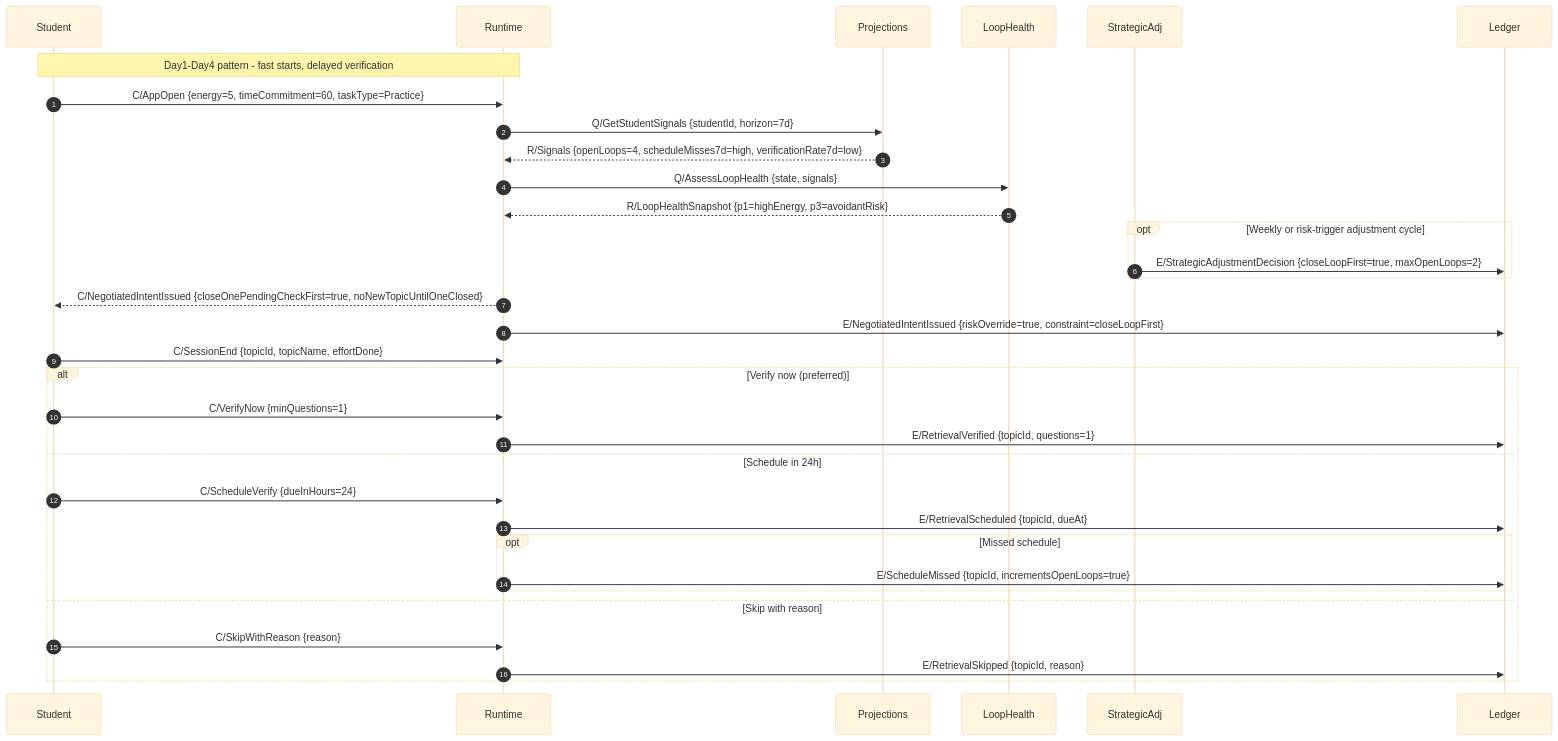
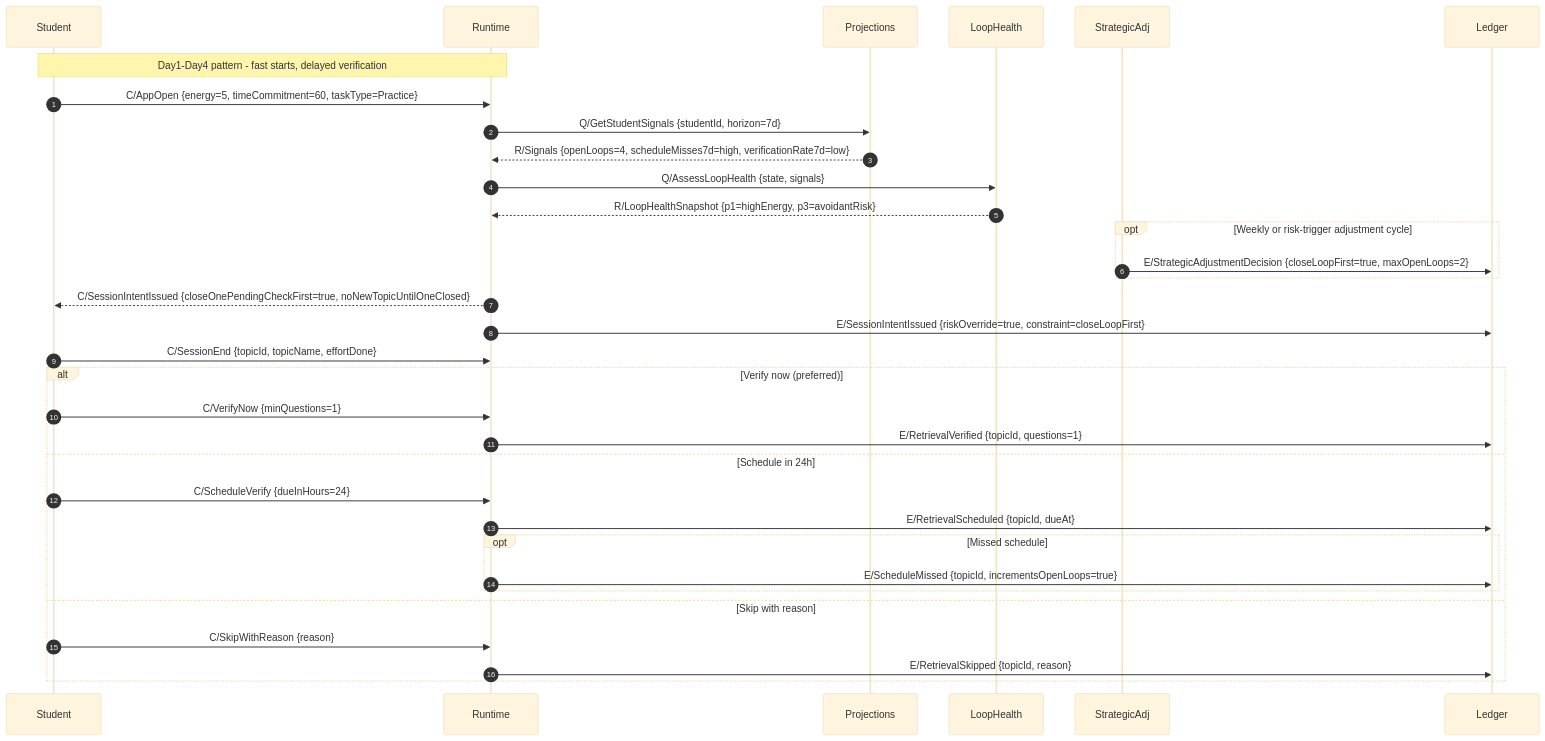
Before and after one commit to Mukul1312/ELI: the fourth of 4 diagrams in docs/engineering-ddd-design/05-domain-message-flows-storyboards.md, drawn with Mermaid (base theme). The commit also changed other lines of this file and 54 other files, not shown here.

````diff
--- a/docs/engineering-ddd-design/05-domain-message-flows-storyboards.md
+++ b/docs/engineering-ddd-design/05-domain-message-flows-storyboards.md
@@ -181,39 +181,39 @@
 ```mermaid
 sequenceDiagram
     autonumber
     participant Student
     participant Runtime
     participant Projections
     participant LoopHealth
     participant StrategicAdj
     participant Ledger
 
     Note over Student,Runtime: Day1-Day4 pattern - fast starts, delayed verification
     Student->>Runtime: C/AppOpen {energy=5, timeCommitment=60, taskType=Practice}
     Runtime->>Projections: Q/GetStudentSignals {studentId, horizon=7d}
     Projections-->>Runtime: R/Signals {openLoops=4, scheduleMisses7d=high, verificationRate7d=low}
     Runtime->>LoopHealth: Q/AssessLoopHealth {state, signals}
     LoopHealth-->>Runtime: R/LoopHealthSnapshot {p1=highEnergy, p3=avoidantRisk}
 
     opt Weekly or risk-trigger adjustment cycle
         StrategicAdj->>Ledger: E/StrategicAdjustmentDecision {closeLoopFirst=true, maxOpenLoops=2}
     end
 
-    Runtime-->>Student: C/NegotiatedIntentIssued {closeOnePendingCheckFirst=true, noNewTopicUntilOneClosed}
-    Runtime->>Ledger: E/NegotiatedIntentIssued {riskOverride=true, constraint=closeLoopFirst}
+    Runtime-->>Student: C/SessionIntentIssued {closeOnePendingCheckFirst=true, noNewTopicUntilOneClosed}
+    Runtime->>Ledger: E/SessionIntentIssued {riskOverride=true, constraint=closeLoopFirst}
 
     Student->>Runtime: C/SessionEnd {topicId, topicName, effortDone}
     alt Verify now (preferred)
         Student->>Runtime: C/VerifyNow {minQuestions=1}
         Runtime->>Ledger: E/RetrievalVerified {topicId, questions=1}
     else Schedule in 24h
         Student->>Runtime: C/ScheduleVerify {dueInHours=24}
         Runtime->>Ledger: E/RetrievalScheduled {topicId, dueAt}
         opt Missed schedule
             Runtime->>Ledger: E/ScheduleMissed {topicId, incrementsOpenLoops=true}
         end
     else Skip with reason
         Student->>Runtime: C/SkipWithReason {reason}
         Runtime->>Ledger: E/RetrievalSkipped {topicId, reason}
     end
 ```
````
